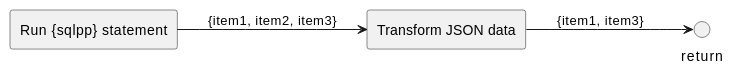
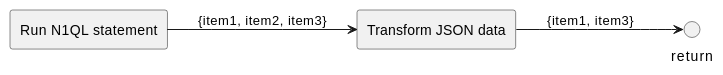
The second of 3 diagrams in modules/guides/partials/javascript-udfs/diagrams-plantuml.adoc (couchbase/docs-server), drawn with PlantUML before and after one commit. The commit also changed other lines of this file and 13 other files, not shown here.

```diff
--- a/modules/guides/partials/javascript-udfs/diagrams-plantuml.adoc
+++ b/modules/guides/partials/javascript-udfs/diagrams-plantuml.adoc
@@ -20,13 +20,13 @@
 [plantuml, subs="attributes"]
 ....
 @startuml
 
 skinparam componentStyle rectangle
 
 left to right direction
 
-[Run {sqlpp} statement] --> [Transform JSON data] : {item1, item2, item3}
+[Run N1QL statement] --> [Transform JSON data] : {item1, item2, item3}
 [Transform JSON data] -->  return  : {item1, item3}
 
 @enduml
 ....
```
